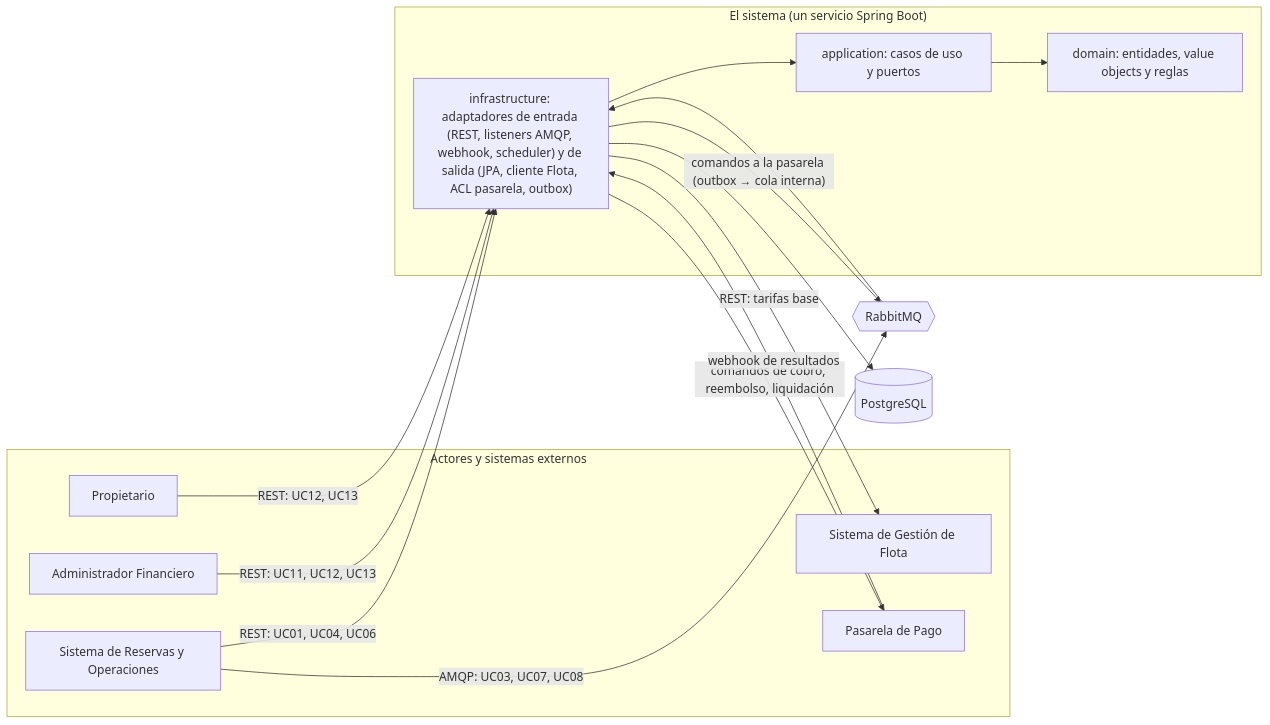
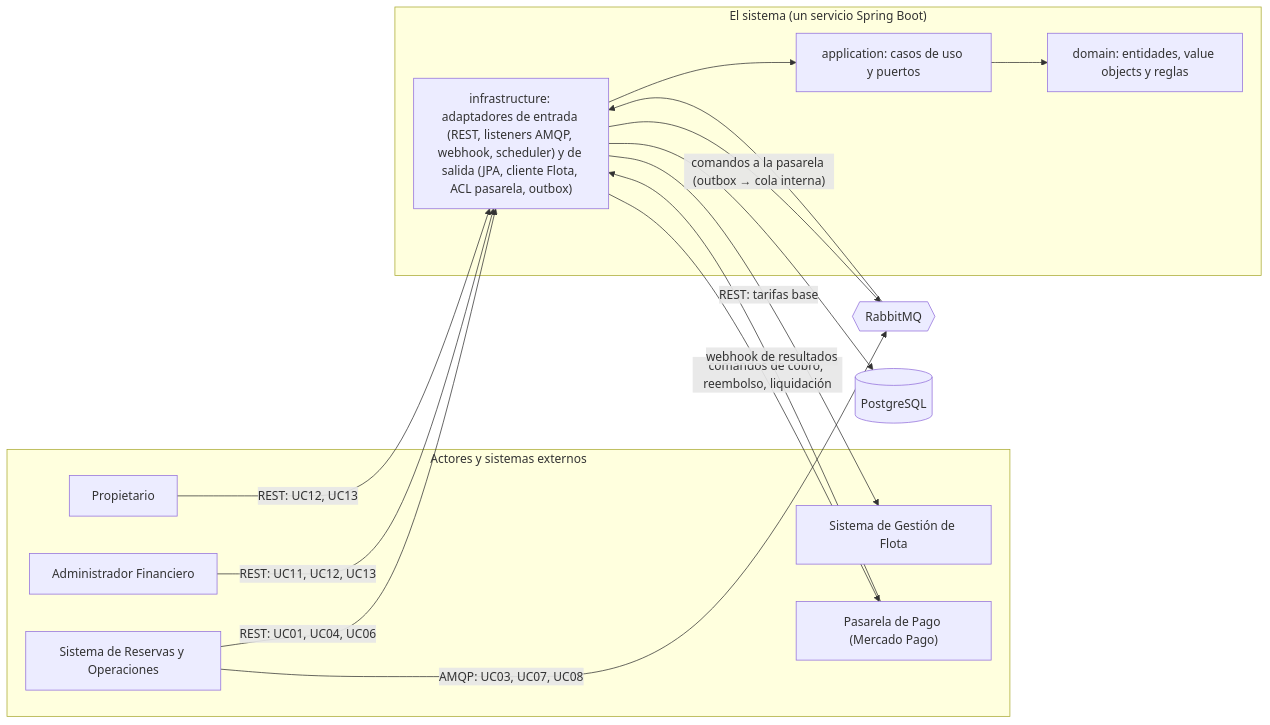
One commit to SebasTK2008/SeaShare_Modulo_3 changed the first of 2 diagrams in docs/technical-plan/general-plan.md. Above: the diagram before and after it, drawn with Mermaid. The commit also changed other lines of this file and 11 other files, not shown here.

Commit message:
docs(specs): Clean outdated references in plans, set payment gateway to mercado pago.

````diff
--- a/docs/technical-plan/general-plan.md
+++ b/docs/technical-plan/general-plan.md
@@ -77,31 +77,31 @@
 ```mermaid
 flowchart LR
   subgraph EXT["Actores y sistemas externos"]
     M2["Sistema de Reservas y Operaciones"]
     M1["Sistema de Gestión de Flota"]
-    PG["Pasarela de Pago"]
+    PG["Pasarela de Pago (Mercado Pago)"]
     ADM["Administrador Financiero"]
     PRO["Propietario"]
   end
 
   MQ{{"RabbitMQ"}}
   DB[("PostgreSQL")]
 
   subgraph SYS["El sistema (un servicio Spring Boot)"]
     INF["infrastructure: adaptadores de entrada (REST, listeners AMQP, webhook, scheduler) y de salida (JPA, cliente Flota, ACL pasarela, outbox)"]
     APP["application: casos de uso y puertos"]
     DOM["domain: entidades, value objects y reglas"]
     INF --> APP --> DOM
   end
 
   M2 -- "REST: UC01, UC04, UC06" --> INF
   M2 -- "AMQP: UC03, UC07, UC08" --> MQ
   MQ --> INF
   ADM -- "REST: UC11, UC12, UC13" --> INF
   PRO -- "REST: UC12, UC13" --> INF
   INF -- "REST: tarifas base" --> M1
   INF -- "comandos de cobro, reembolso, liquidación" --> PG
   PG -- "webhook de resultados" --> INF
   INF --> DB
   INF -- "comandos a la pasarela (outbox → cola interna)" --> MQ
 ```
````
